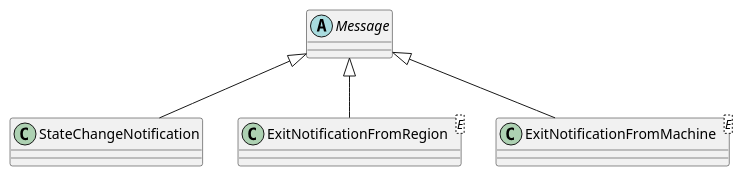
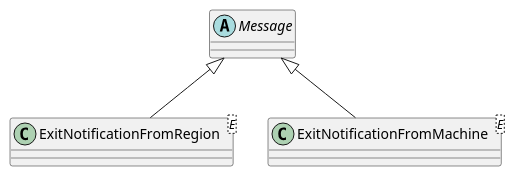
The third of 3 diagrams in packages/hisma/doc/dev/diagrams/child_to_parent_callbacks.plantuml (tamas-p/hisma), drawn with PlantUML before and after one commit. The commit also changed other lines of this file and 3 other files, not shown here.

```diff
--- a/packages/hisma/doc/dev/diagrams/child_to_parent_callbacks.plantuml
+++ b/packages/hisma/doc/dev/diagrams/child_to_parent_callbacks.plantuml
@@ -49,10 +66,8 @@
 @startuml messages
 abstract class Message
-class StateChangeNotification
 class ExitNotificationFromRegion<E>
 class ExitNotificationFromMachine<E>
 
-Message <|-- StateChangeNotification
 Message <|-- ExitNotificationFromRegion
 Message <|-- ExitNotificationFromMachine
 @enduml
```
